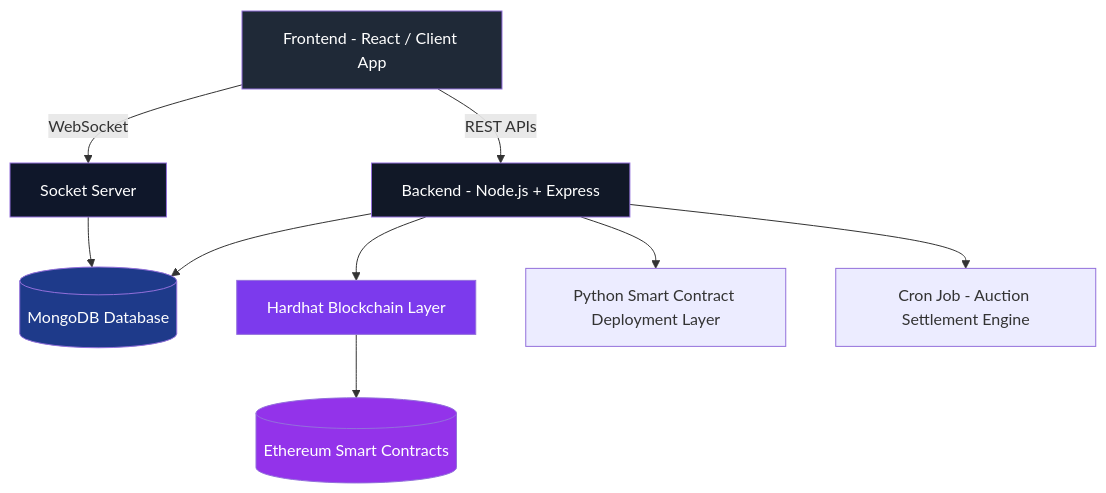
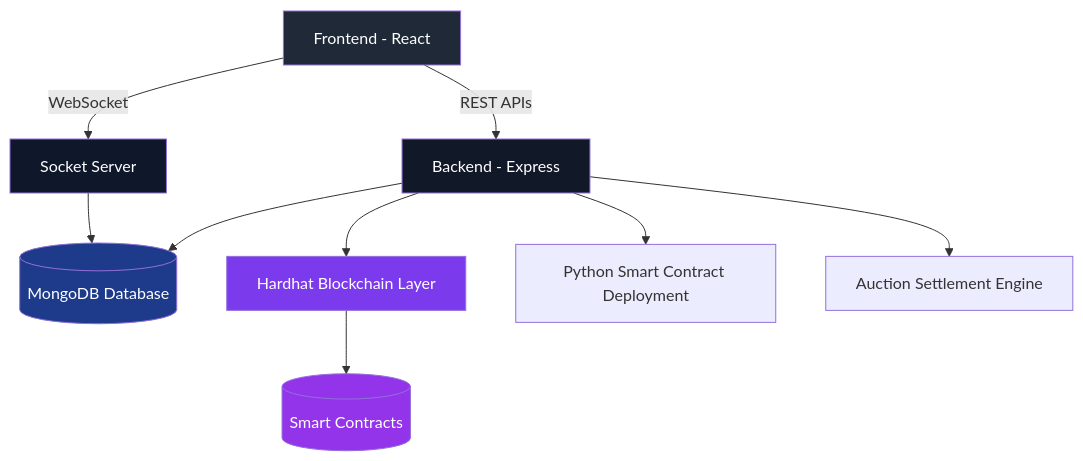
One commit to YashKerkarTech04/YAR-Coin-2.0 changed the first of 10 diagrams in README.md. Above: the diagram before and after it, drawn with Mermaid. The commit also changed other lines of this file, not shown here.

`````diff
--- a/README.md
+++ b/README.md
@@ -39,23 +39,23 @@
 ```mermaid
 flowchart TD
 
-    A[Frontend - React / Client App] -->|REST APIs| B[Backend - Node.js + Express]
+    A[Frontend - React] -->|REST APIs| B[Backend - Express]
     A -->|WebSocket| C[Socket Server]
     
     B --> D[(MongoDB Database)]
     B --> E[Hardhat Blockchain Layer]
-    B --> F[Python Smart Contract Deployment Layer]
+    B --> F[Python Smart Contract Deployment]
     
-    B --> G[Cron Job - Auction Settlement Engine]
+    B --> G[Auction Settlement Engine]
     
-    E --> H[(Ethereum Smart Contracts)]
+    E --> H[(Smart Contracts)]
     
     C --> D
     
     style A fill:#1f2937,color:#fff
     style B fill:#111827,color:#fff
     style C fill:#0f172a,color:#fff
     style D fill:#1e3a8a,color:#fff
     style E fill:#7c3aed,color:#fff
     style H fill:#9333ea,color:#fff
 ````
`````
